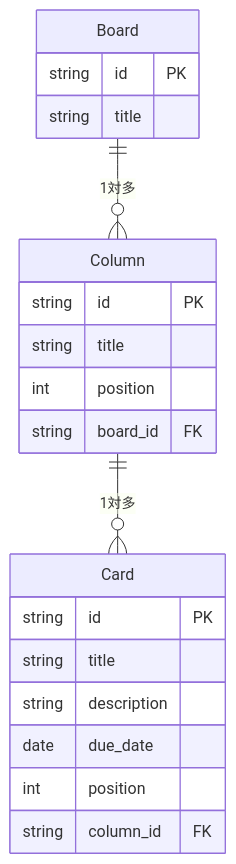
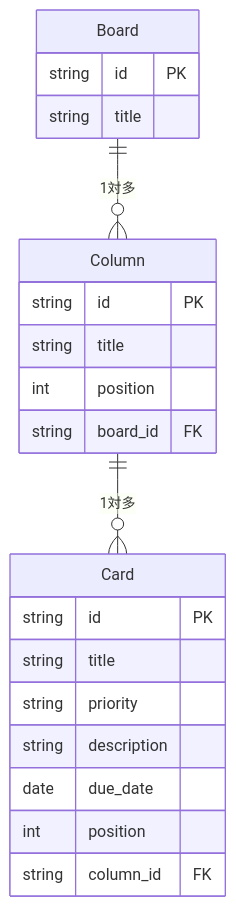
Before and after one commit to ks1844/raisetech-ai-coding: the diagram in TaskManagement/docs/data-model.md, drawn with Mermaid. The commit also changed other lines of this file and 5 other files, not shown here.

````diff
--- a/TaskManagement/docs/data-model.md
+++ b/TaskManagement/docs/data-model.md
@@ -100,24 +103,25 @@
 ```mermaid
 erDiagram
     Board {
         string id PK
         string title
     }
     Column {
         string id PK
         string title
         int position
         string board_id FK
     }
     Card {
         string id PK
         string title
+        string priority
         string description
         date due_date
         int position
         string column_id FK
     }
 
     Board ||--o{ Column : "1対多"
     Column ||--o{ Card : "1対多"
 ```
````
